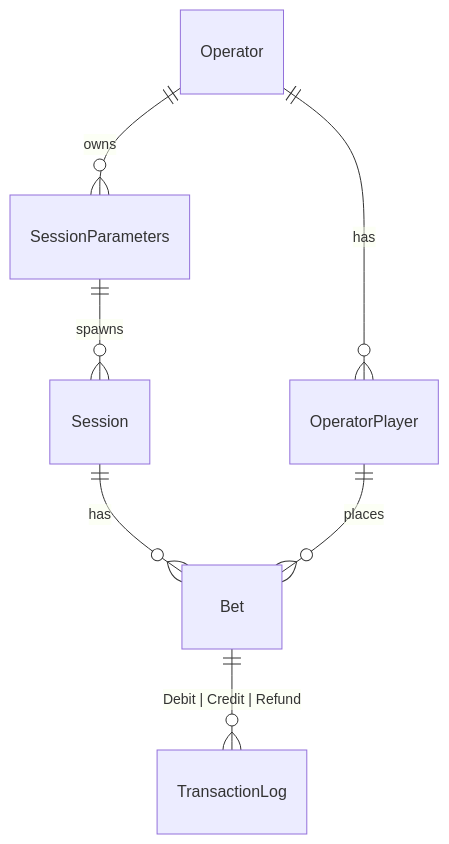
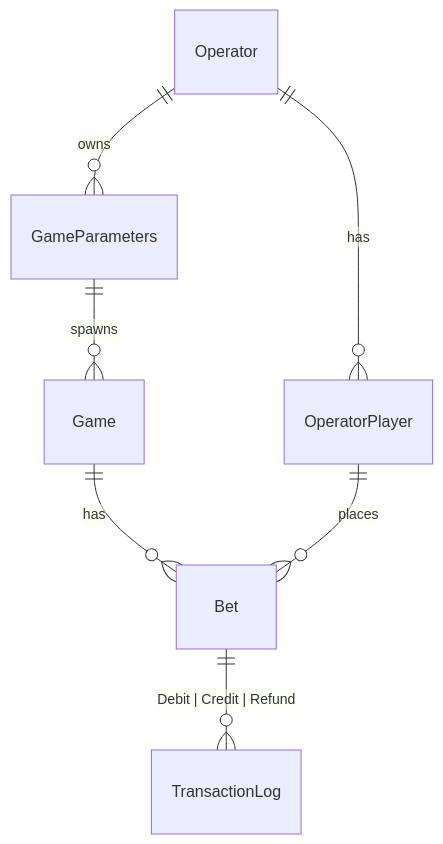
One commit to marcusruas/monkify-meta changed the first of 3 diagrams in specs/operator-wallet-api.md. Above: the diagram before and after it, drawn with Mermaid. The commit also changed other lines of this file and 57 other files, not shown here.

First line of the commit message:
Rebrand: Monkify->ChimpOut, Session->Game in KB prose (monkify-meta)

````diff
--- a/specs/operator-wallet-api.md
+++ b/specs/operator-wallet-api.md
@@ -182,9 +182,9 @@
 ```mermaid
 erDiagram
-    Operator ||--o{ SessionParameters : owns
+    Operator ||--o{ GameParameters : owns
     Operator ||--o{ OperatorPlayer : has
-    SessionParameters ||--o{ Session : spawns
-    Session ||--o{ Bet : has
+    GameParameters ||--o{ Game : spawns
+    Game ||--o{ Bet : has
     OperatorPlayer ||--o{ Bet : places
     Bet ||--o{ TransactionLog : "Debit | Credit | Refund"
 ```
````
